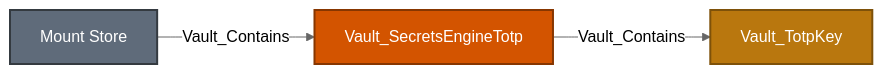
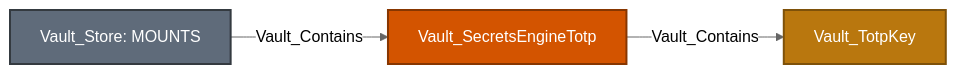
Diagram 26 of 29 in Documentation/stores/MOUNTS.md (bytewreck/opengraph-vault), drawn with Mermaid (neutral theme) before and after one commit. The commit also changed other lines of this file and 13 other files, not shown here.

````diff
--- a/Documentation/stores/MOUNTS.md
+++ b/Documentation/stores/MOUNTS.md
@@ -1462,9 +1520,9 @@
 ```mermaid
 flowchart LR
-    store[Mount Store]:::storeNode -->|Vault_Contains| mount[Vault_SecretsEngineTotp]:::mountNode
+    store[Vault_Store: MOUNTS]:::storeNode -->|Vault_Contains| mount[Vault_SecretsEngineTotp]:::mountNode
     mount -->|Vault_Contains| key[Vault_TotpKey]:::keyNode
 
     classDef storeNode fill:#5F6B7A,color:#fff,stroke:#343A40,stroke-width:2px
     classDef mountNode fill:#D35400,color:#fff,stroke:#873600,stroke-width:2px
     classDef keyNode fill:#B9770E,color:#fff,stroke:#7E5109,stroke-width:2px
 ```
````
